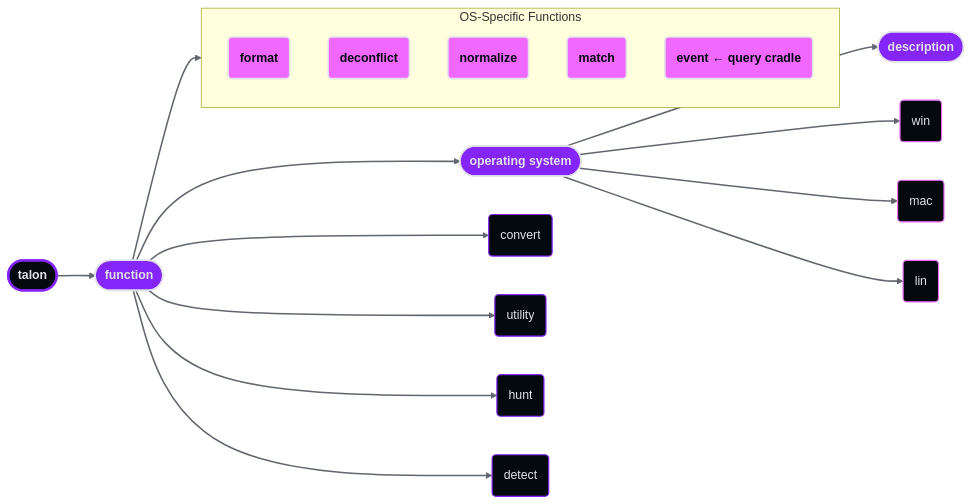
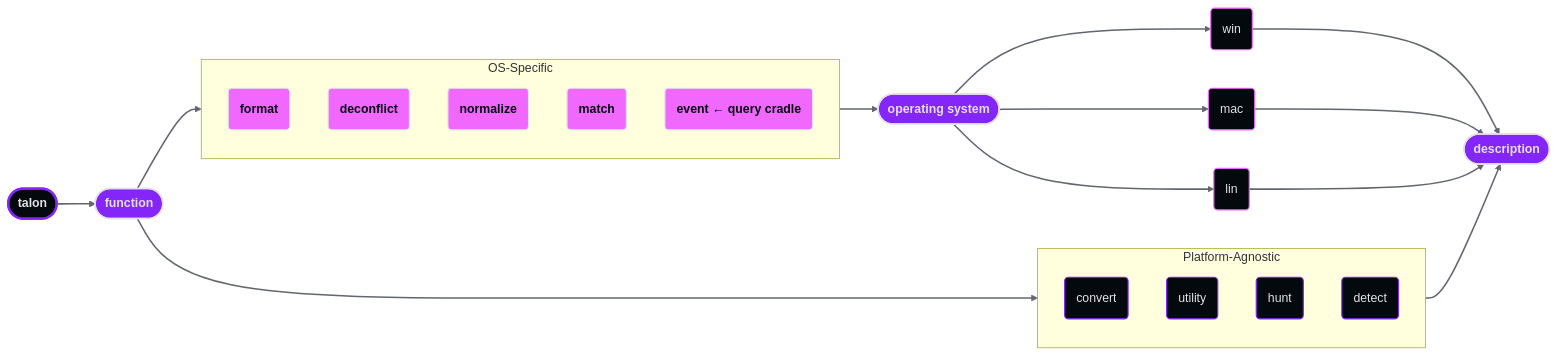
Before and after one commit to DominionCyber/talon_hunt_framework_documentation: the diagram in docs/naming.md, drawn with Mermaid. The commit also changed other lines of this file, not shown here.

````diff
--- a/docs/naming.md
+++ b/docs/naming.md
@@ -27,41 +27,51 @@
 ```mermaid
 graph LR
-    A(["talon"]) --> B(["function"])
-    B --> C(["operating system"])
-    C --> D(["description"])
+    A(["talon"])
 
-    B --> B1("convert")
-    B --> B2("utility")
-    B --> B3("hunt")
-    B --> B4("detect")
+    A --> B(["function"])
+
+    subgraph Platform_Agnostic [" Platform-Agnostic "]
+        direction TB
+        PA1("convert")
+        PA2("utility")
+        PA3("hunt")
+        PA4("detect")
+    end
+
+    subgraph OS_Specific [" OS-Specific "]
+        direction TB
+        OS1("format")
+        OS2("deconflict")
+        OS3("normalize")
+        OS4("match")
+        OS5("event ← query cradle")
+    end
+
+    B --> Platform_Agnostic
+    B --> OS_Specific
+
+    OS_Specific --> C(["operating system"])
 
     C --> C1("win")
     C --> C2("mac")
     C --> C3("lin")
 
-    B --> OS_Functions
-
-    subgraph OS_Functions [" OS-Specific Functions "]
-        direction TB
-        F1("format")
-        F2("deconflict")
-        F3("normalize")
-        F4("match")
-        F5("event ← query cradle")
-    end
+    Platform_Agnostic --> D(["description"])
+    C1 --> D
+    C2 --> D
+    C3 --> D
 
     classDef prefix fill:#04090E,stroke:#8425FA,stroke-width:3px,color:#E2E2E6,font-weight:bold
     classDef segment fill:#8425FA,stroke:#E2E2E6,stroke-width:2px,color:#E2E2E6,font-weight:bold
-    classDef option fill:#04090E,stroke:#8425FA,stroke-width:1.5px,color:#E2E2E6
+    classDef agnostic fill:#04090E,stroke:#8425FA,stroke-width:1.5px,color:#E2E2E6
     classDef os fill:#04090E,stroke:#F168FF,stroke-width:1.5px,color:#E2E2E6
-    classDef osfunc fill:#F168FF,stroke:#E2E2E6,stroke-width:2px,color:#04090E,font-weight:bold
-    classDef subgraphBox fill:#1a1a2e,stroke:#F168FF,stroke-width:2px,color:#E2E2E6
+    classDef osfunc fill:#F168FF,stroke:#E2E2E6,stroke-width:1.5px,color:#04090E,font-weight:bold
 
     class A prefix
     class B,C,D segment
-    class B1,B2,B3,B4 option
+    class PA1,PA2,PA3,PA4 agnostic
     class C1,C2,C3 os
-    class F1,F2,F3,F4,F5 osfunc
+    class OS1,OS2,OS3,OS4,OS5 osfunc
 
     linkStyle default stroke:#62666F,stroke-width:2px
 ```
````
